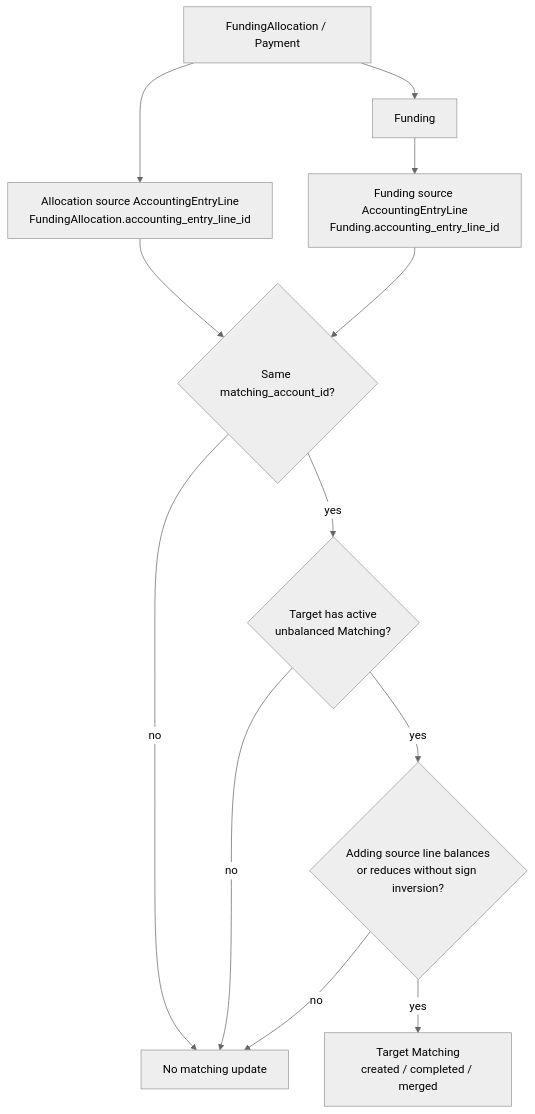
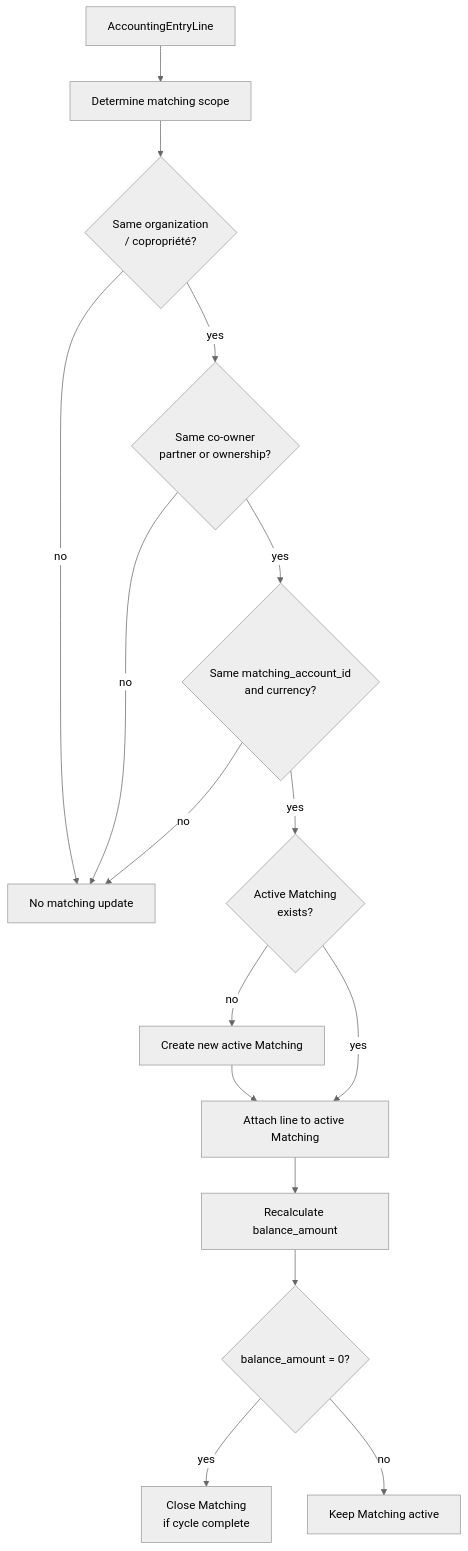
Before and after one commit to fmt-saas/fmt: the fourth of 4 diagrams in DOC/budget/logique-de-reconciliation-et-lettrage.md, drawn with Mermaid (neutral theme). The commit also changed other lines of this file and 8 other files, not shown here.

````diff
--- a/DOC/budget/logique-de-reconciliation-et-lettrage.md
+++ b/DOC/budget/logique-de-reconciliation-et-lettrage.md
@@ -1083,24 +1214,32 @@
 ```mermaid
 flowchart TD
-    FA["FundingAllocation / Payment"]
-    F["Funding"]
-    SRC["Allocation source AccountingEntryLine<br/>FundingAllocation.accounting_entry_line_id"]
-    TGT["Funding source AccountingEntryLine<br/>Funding.accounting_entry_line_id"]
-    CHECK1{"Same matching_account_id?"}
-    CHECK2{"Target has active<br/>unbalanced Matching?"}
-    CHECK3{"Adding source line balances<br/>or reduces without sign inversion?"}
-    M["Target Matching<br/>created / completed / merged"]
+    AEL["AccountingEntryLine"]
+    SCOPE["Determine matching scope"]
+    CHECK1{"Same organization<br/>/ copropriété?"}
+    CHECK2{"Same co-owner<br/>partner or ownership?"}
+    CHECK3{"Same matching_account_id<br/>and currency?"}
+    ACTIVE{"Active Matching<br/>exists?"}
+    CREATE["Create new active Matching"]
+    JOIN["Attach line to active Matching"]
+    BAL["Recalculate balance_amount"]
+    CLOSE{"balance_amount = 0?"}
+    CLOSED["Close Matching<br/>if cycle complete"]
+    OPEN["Keep Matching active"]
     STOP["No matching update"]
 
-    FA --> F
-    FA --> SRC
-    F --> TGT
-    SRC --> CHECK1
-    TGT --> CHECK1
+    AEL --> SCOPE
+    SCOPE --> CHECK1
     CHECK1 -- "no" --> STOP
     CHECK1 -- "yes" --> CHECK2
     CHECK2 -- "no" --> STOP
     CHECK2 -- "yes" --> CHECK3
     CHECK3 -- "no" --> STOP
-    CHECK3 -- "yes" --> M
+    CHECK3 -- "yes" --> ACTIVE
+    ACTIVE -- "no" --> CREATE
+    ACTIVE -- "yes" --> JOIN
+    CREATE --> JOIN
+    JOIN --> BAL
+    BAL --> CLOSE
+    CLOSE -- "yes" --> CLOSED
+    CLOSE -- "no" --> OPEN
 ```
````
